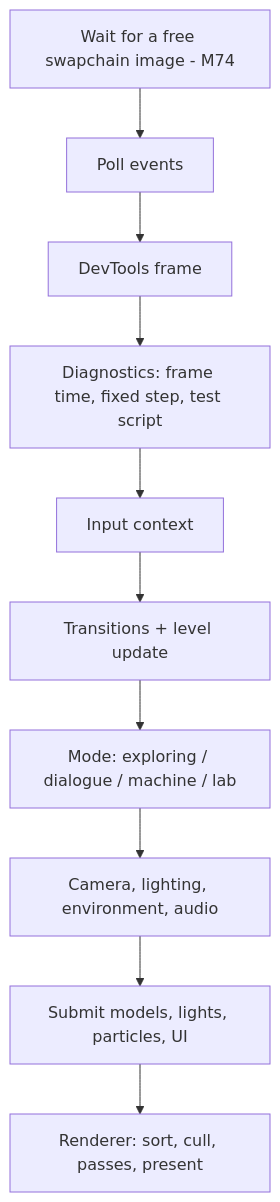
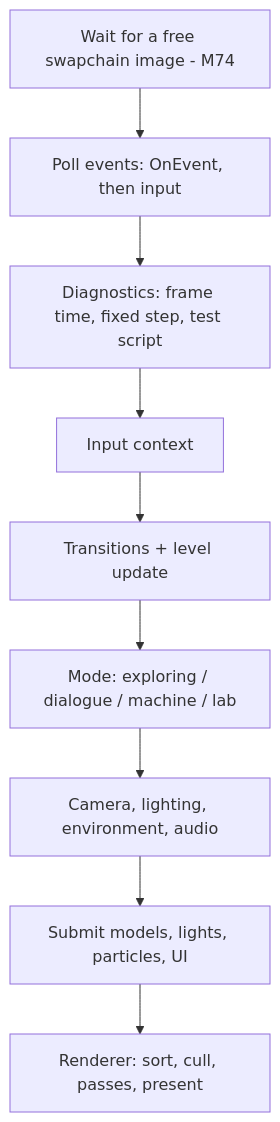
The third of 7 diagrams in docs/Architecture.md (fgdoliveira/AtomEngine), drawn with Mermaid before and after one commit. The commit also changed other lines of this file and 93 other files, not shown here.

````diff
--- a/docs/Architecture.md
+++ b/docs/Architecture.md
@@ -137,12 +168,11 @@
 ```mermaid
 flowchart TD
-    Wait[Wait for a free swapchain image - M74] --> Events[Poll events]
-    Events --> Tools[DevTools frame]
-    Tools --> Diag[Diagnostics: frame time, fixed step, test script]
+    Wait[Wait for a free swapchain image - M74] --> Events[Poll events: OnEvent, then input]
+    Events --> Diag[Diagnostics: frame time, fixed step, test script]
     Diag --> Context[Input context]
     Context --> Levels[Transitions + level update]
     Levels --> Mode[Mode: exploring / dialogue / machine / lab]
     Mode --> Prep[Camera, lighting, environment, audio]
     Prep --> Submit[Submit models, lights, particles, UI]
     Submit --> Render[Renderer: sort, cull, passes, present]
 ```
````
